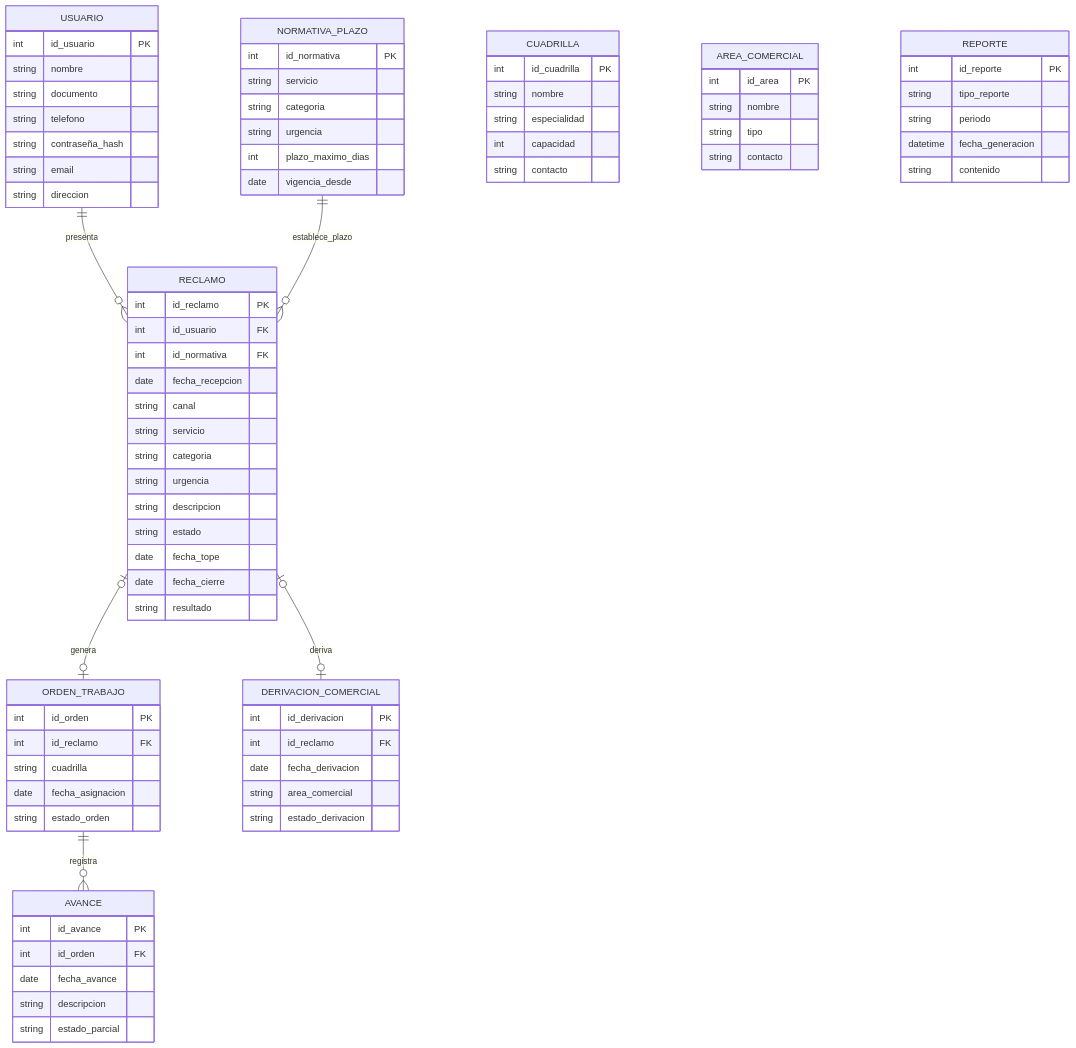
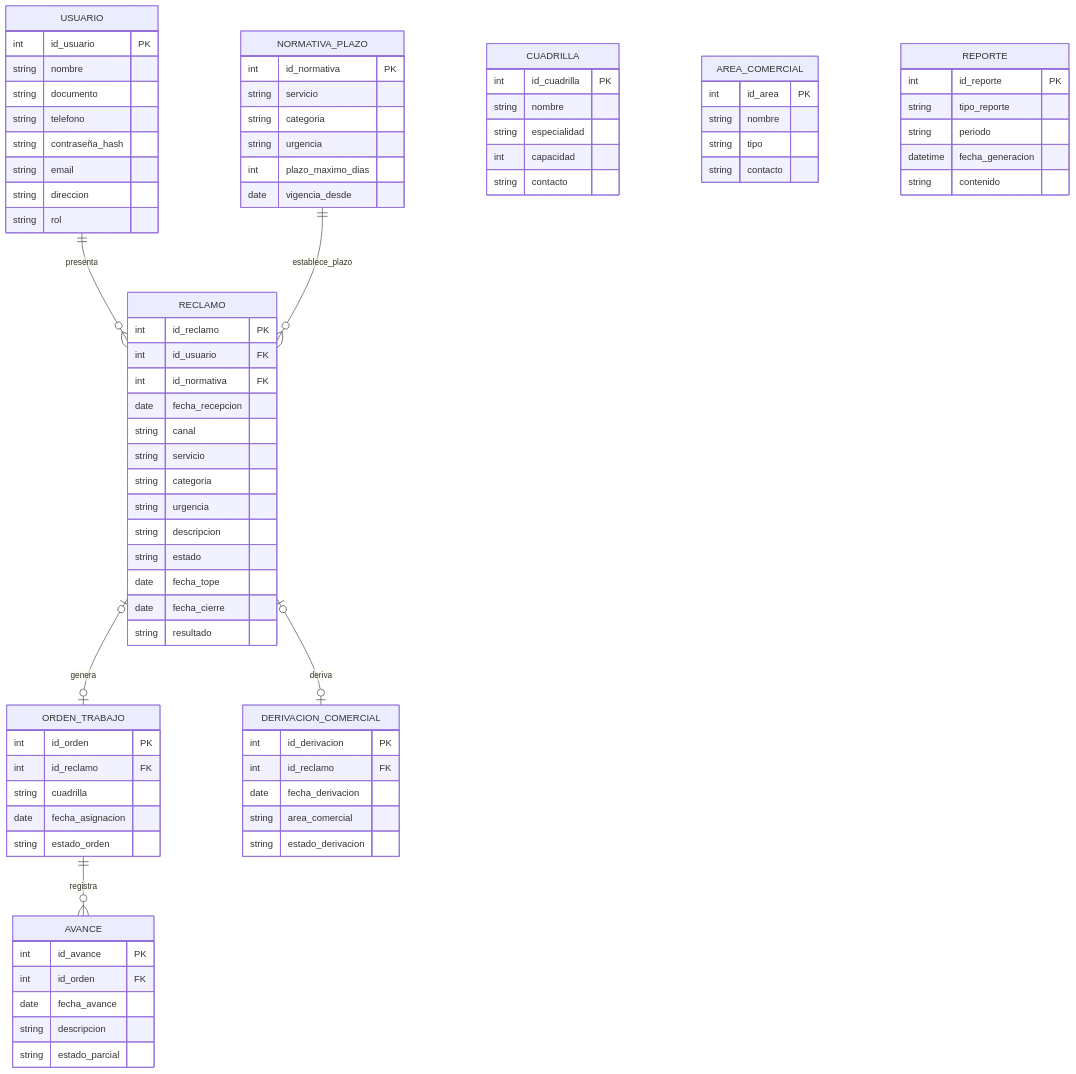
Before and after one commit to RafaelReyes0816/atencion-reclamos-serv-basic-backend: the fourth of 5 diagrams in docs/ARQUITECTURA.md, drawn with Mermaid. The commit also changed other lines of this file and 92 other files, not shown here.

```diff
--- a/docs/ARQUITECTURA.md
+++ b/docs/ARQUITECTURA.md
@@ -189,6 +241,7 @@
         string contraseña_hash
         string email
         string direccion
+        string rol
     }
 
     RECLAMO {
```
